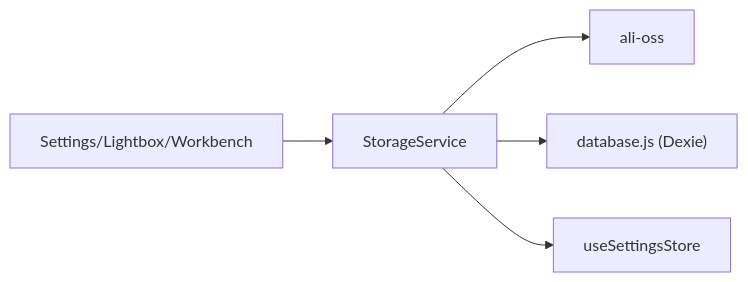
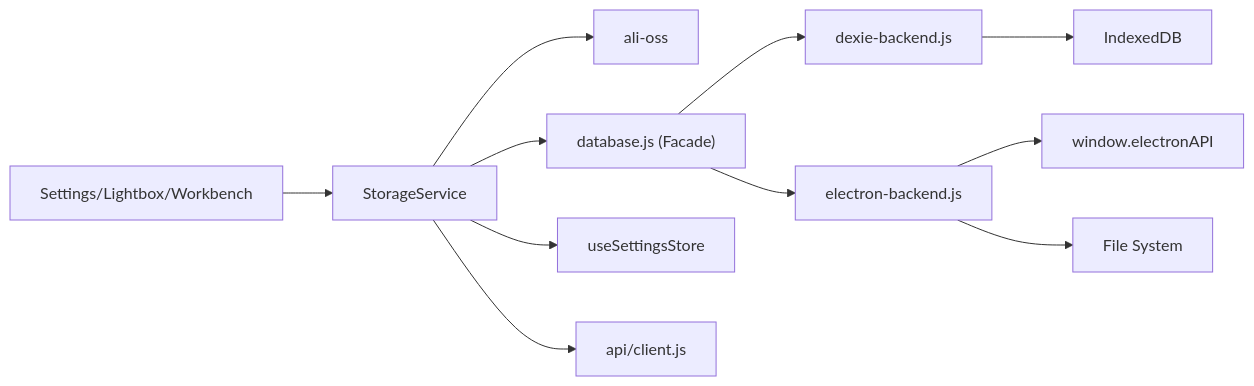
One commit to AlbusWei/AI-Image-Studio changed the fourth of 4 diagrams in .qoder/repowiki/zh/content/服务层/存储服务.md. Above: the diagram before and after it, drawn with Mermaid. The commit also changed other lines of this file and 37 other files, not shown here.

````diff
--- a/.qoder/repowiki/zh/content/服务层/存储服务.md
+++ b/.qoder/repowiki/zh/content/服务层/存储服务.md
@@ -206,7 +288,13 @@
 ```mermaid
 graph LR
 SS["StorageService"] --> OSS["ali-oss"]
-SS --> DB["database.js (Dexie)"]
+SS --> DBF["database.js (Facade)"]
 SS --> ST["useSettingsStore"]
+SS --> API["api/client.js"]
+DBF --> DEXIE["dexie-backend.js"]
+DBF --> ELEC["electron-backend.js"]
+DEXIE --> IDX["IndexedDB"]
+ELEC --> IPC["window.electronAPI"]
+ELEC --> FS["File System"]
 UI["Settings/Lightbox/Workbench"] --> SS
 ```
````
